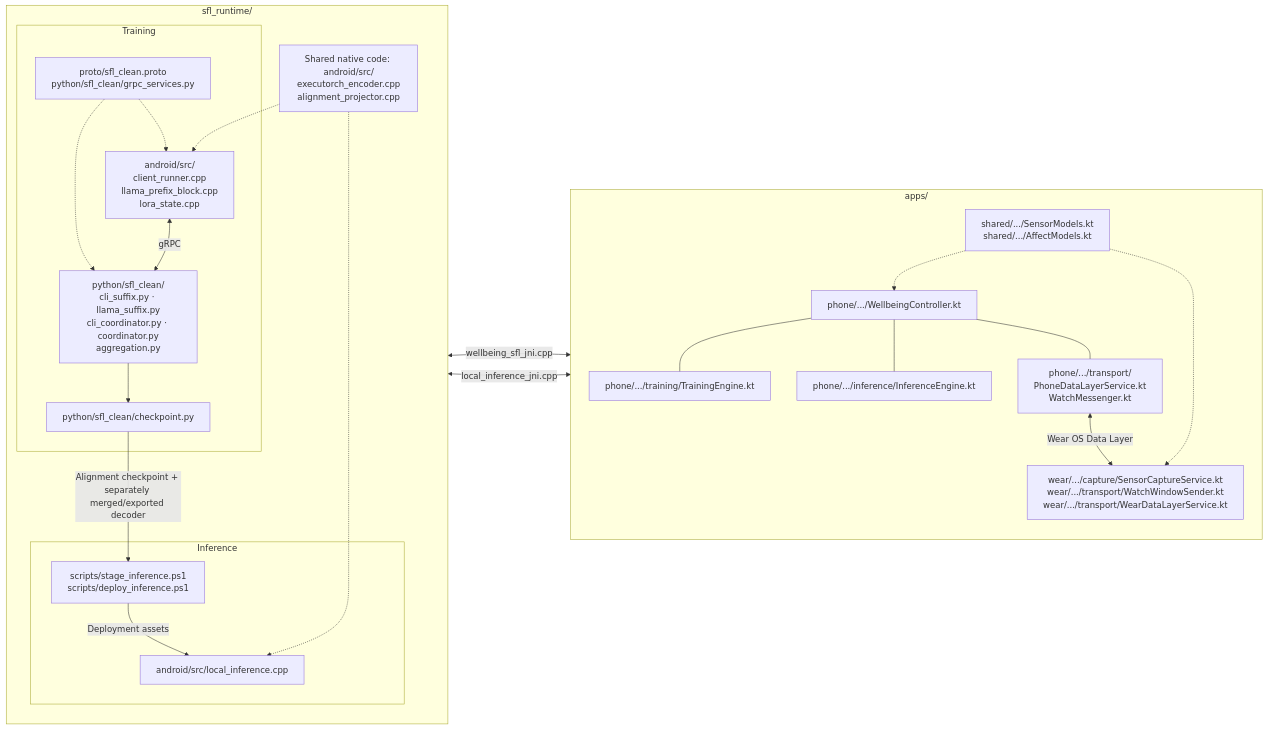
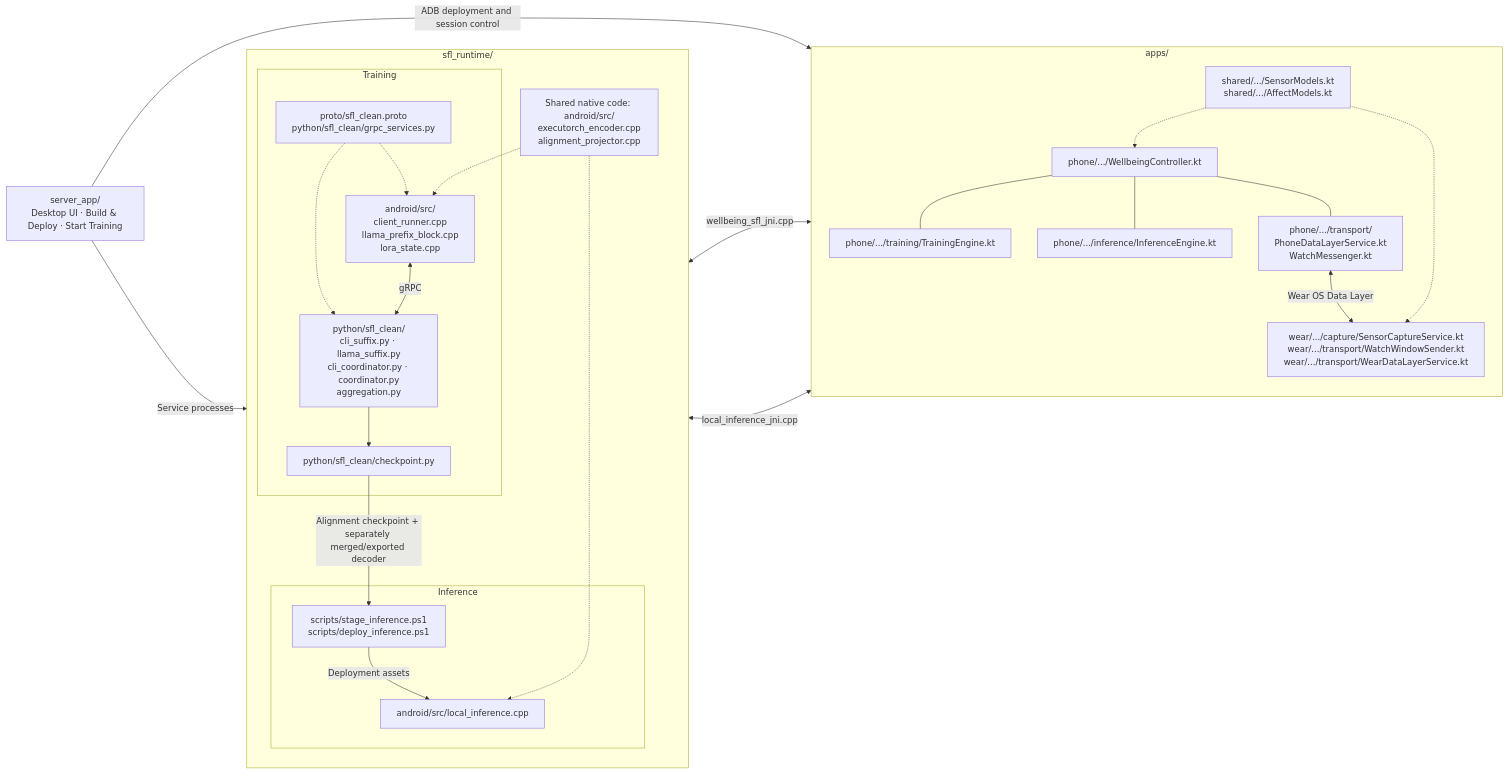
Before and after one commit to HKU-WILL-Lab/Multimodal-Stress-Monitoring-with-Split-Federated-Fine-Tuning-on-Mobile-Devices: the diagram in README.md, drawn with Mermaid. The commit also changed other lines of this file and 42 other files, not shown here.

Commit message:
Integrate desktop server app and configurable mobile prefix deployment

````diff
--- a/README.md
+++ b/README.md
@@ -36,42 +37,45 @@
 ```mermaid
 flowchart LR
     subgraph Runtime["sfl_runtime/"]
         direction TB
         subgraph Training["Training"]
             T["android/src/<br/>client_runner.cpp<br/>llama_prefix_block.cpp<br/>lora_state.cpp"]
             S["python/sfl_clean/<br/>cli_suffix.py · llama_suffix.py<br/>cli_coordinator.py · coordinator.py<br/>aggregation.py"]
             G["proto/sfl_clean.proto<br/>python/sfl_clean/grpc_services.py"]
             C["python/sfl_clean/checkpoint.py"]
             T <-->|gRPC| S
             G -.-> T
             G -.-> S
             S --> C
         end
         subgraph Inference["Inference"]
             P["scripts/stage_inference.ps1<br/>scripts/deploy_inference.ps1"]
             I["android/src/local_inference.cpp"]
             P -->|Deployment assets| I
         end
         C -->|Alignment checkpoint + separately merged/exported decoder| P
         U["Shared native code: android/src/<br/>executorch_encoder.cpp<br/>alignment_projector.cpp"]
         U -.-> T
         U -.-> I
     end
     subgraph Apps["apps/"]
         direction TB
         A["phone/.../WellbeingController.kt"]
         AT["phone/.../training/TrainingEngine.kt"]
         AI["phone/.../inference/InferenceEngine.kt"]
         AP["phone/.../transport/<br/>PhoneDataLayerService.kt<br/>WatchMessenger.kt"]
         W["wear/.../capture/SensorCaptureService.kt<br/>wear/.../transport/WatchWindowSender.kt<br/>wear/.../transport/WearDataLayerService.kt"]
         SH["shared/.../SensorModels.kt<br/>shared/.../AffectModels.kt"]
         A --- AT
         A --- AI
         A --- AP
         AP <-->|Wear OS Data Layer| W
         SH -.-> A
         SH -.-> W
     end
+    D["server_app/<br/>Desktop UI · Build & Deploy · Start Training"]
+    D -->|Service processes| S
+    D -->|ADB deployment and session control| A
     T <-->|wellbeing_sfl_jni.cpp| AT
     I <-->|local_inference_jni.cpp| AI
 ```
````
